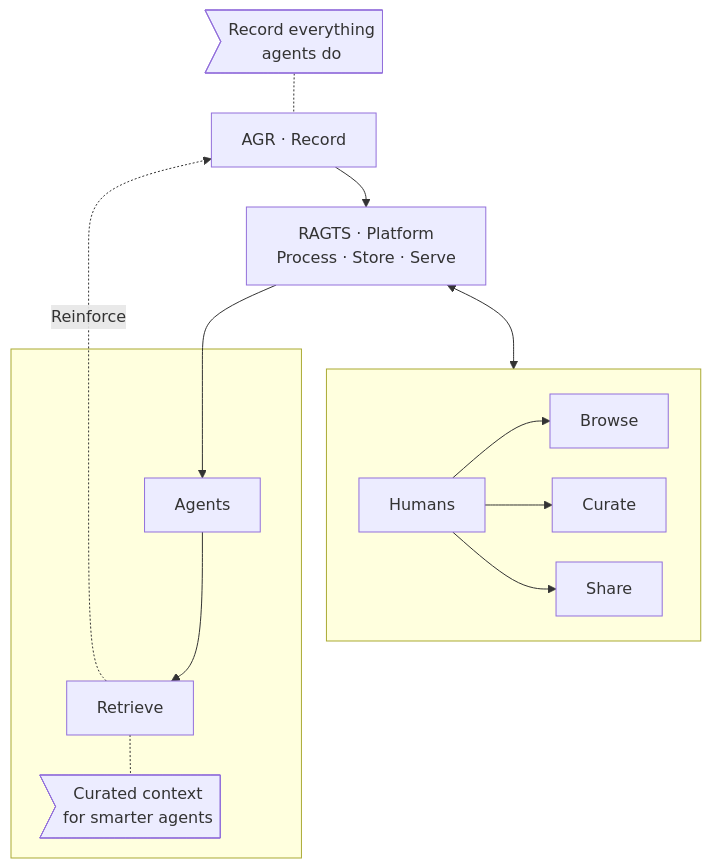
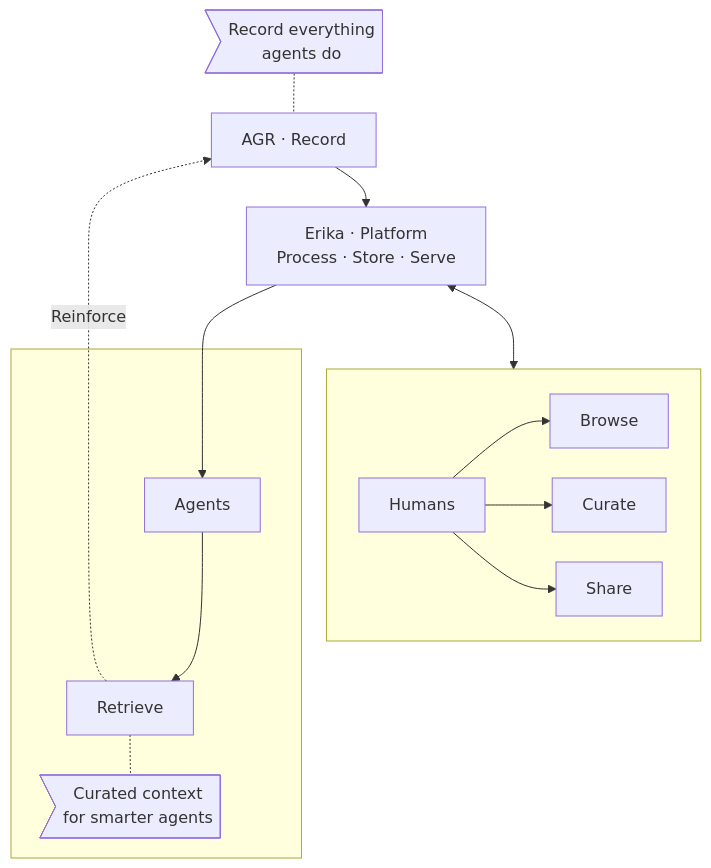
One commit to thiscantbeserious/ragts-learning-platform changed the diagram in README.md. Above: the diagram before and after it, drawn with Mermaid. The commit also changed other lines of this file, not shown here.

````diff
--- a/README.md
+++ b/README.md
@@ -35,23 +57,23 @@
 ```mermaid
 %%{ init: { 'flowchart': { 'curve': 'basis', 'nodeSpacing': 30, 'rankSpacing': 40 } } }%%
 graph TD
     AD>Record everything<br/>agents do] -.- A
-    A[AGR · Record] --> R[RAGTS · Platform<br/>Process · Store · Serve]
+    A[AGR · Record] --> R[Erika · Platform<br/>Process · Store · Serve]
 
     R <--> H[Humans]
     R --> AG[Agents]
 
     subgraph " "
         direction LR
         H --> Browse
         H --> Curate
         H --> Share
     end
 
     subgraph "  "
         AG --> Retrieve
         Retrieve -.- RD>Curated context<br/>for smarter agents]
     end
 
     Retrieve -.->|Reinforce| A
 ```
````
